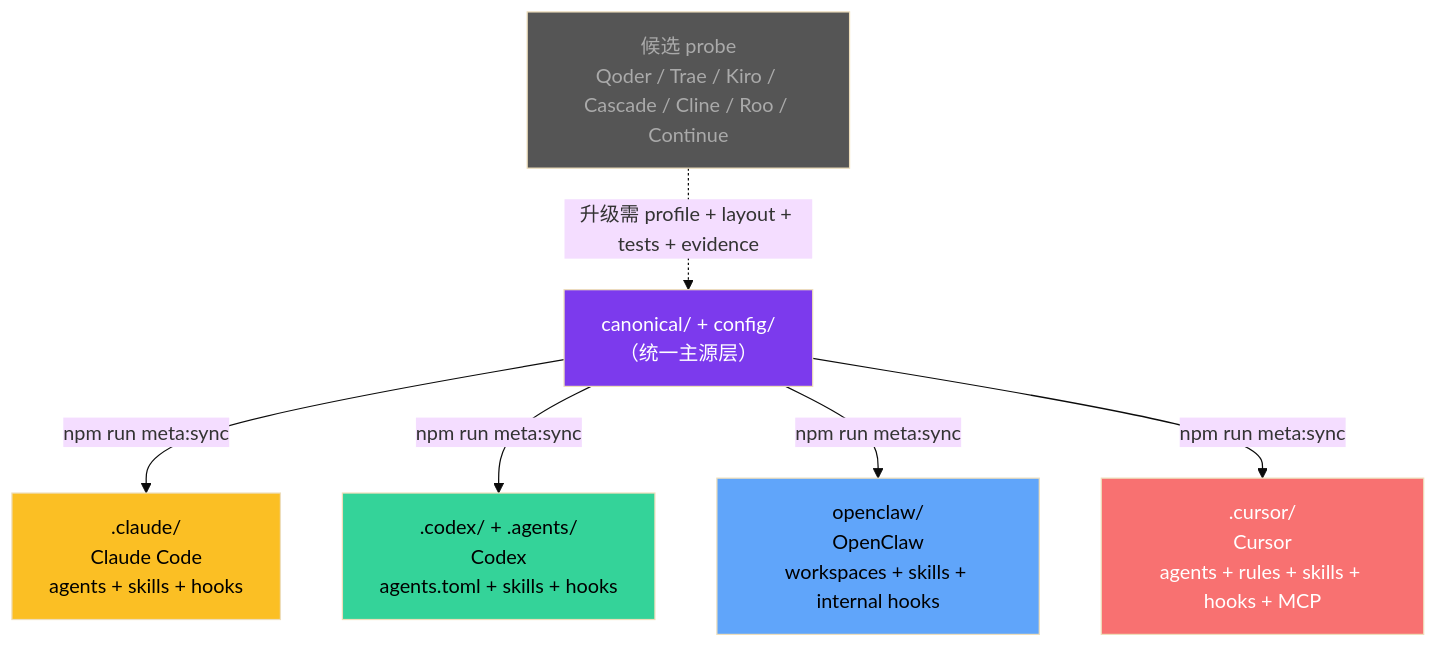
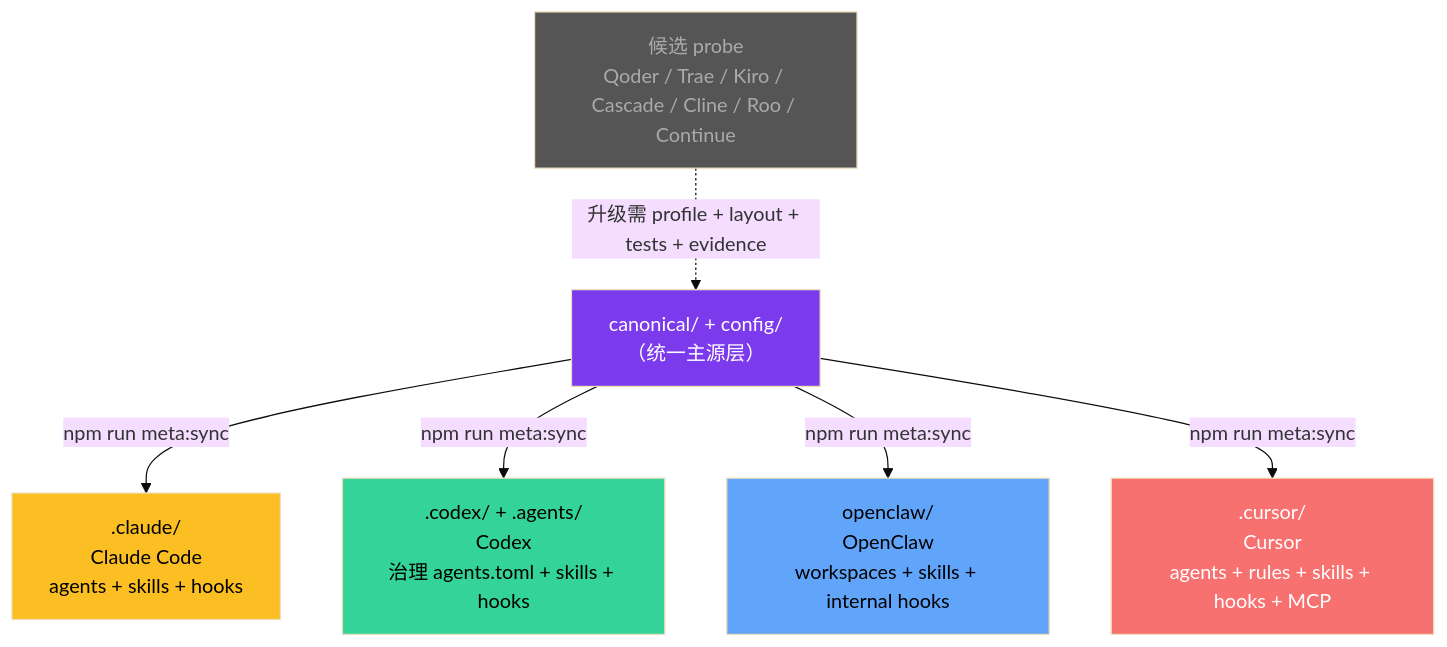
One commit to ceo1st/Meta_Kim changed the eighth of 9 diagrams in README.zh-CN.md. Above: the diagram before and after it, drawn with Mermaid (base theme). The commit also changed other lines of this file and 7 other files, not shown here.

Commit message:
fix: stop projecting codex execution agents

````diff
--- a/README.zh-CN.md
+++ b/README.zh-CN.md
@@ -562,18 +562,18 @@
 ```mermaid
 flowchart TB
     CANONICAL["canonical/ + config/<br/>（统一主源层）"]
 
     CANONICAL --> |npm run meta:sync| CLAUDE[".claude/<br/>Claude Code<br/>agents + skills + hooks"]
-    CANONICAL --> |npm run meta:sync| CODEX[".codex/ + .agents/<br/>Codex<br/>agents.toml + skills + hooks"]
+    CANONICAL --> |npm run meta:sync| CODEX[".codex/ + .agents/<br/>Codex<br/>治理 agents.toml + skills + hooks"]
     CANONICAL --> |npm run meta:sync| OPENCLAW["openclaw/<br/>OpenClaw<br/>workspaces + skills + internal hooks"]
     CANONICAL --> |npm run meta:sync| CURSOR[".cursor/<br/>Cursor<br/>agents + rules + skills + hooks + MCP"]
 
     CANDIDATE["候选 probe<br/>Qoder / Trae / Kiro / Cascade / Cline / Roo / Continue"] -.-> |升级需 profile + layout + tests + evidence| CANONICAL
 
     style CANONICAL fill:#7c3aed,color:#fff
     style CLAUDE fill:#fbbf24,color:#000
     style CODEX fill:#34d399,color:#000
     style OPENCLAW fill:#60a5fa,color:#000
     style CURSOR fill:#f87171,color:#fff
     style CANDIDATE fill:#555,color:#aaa
 ```
````
